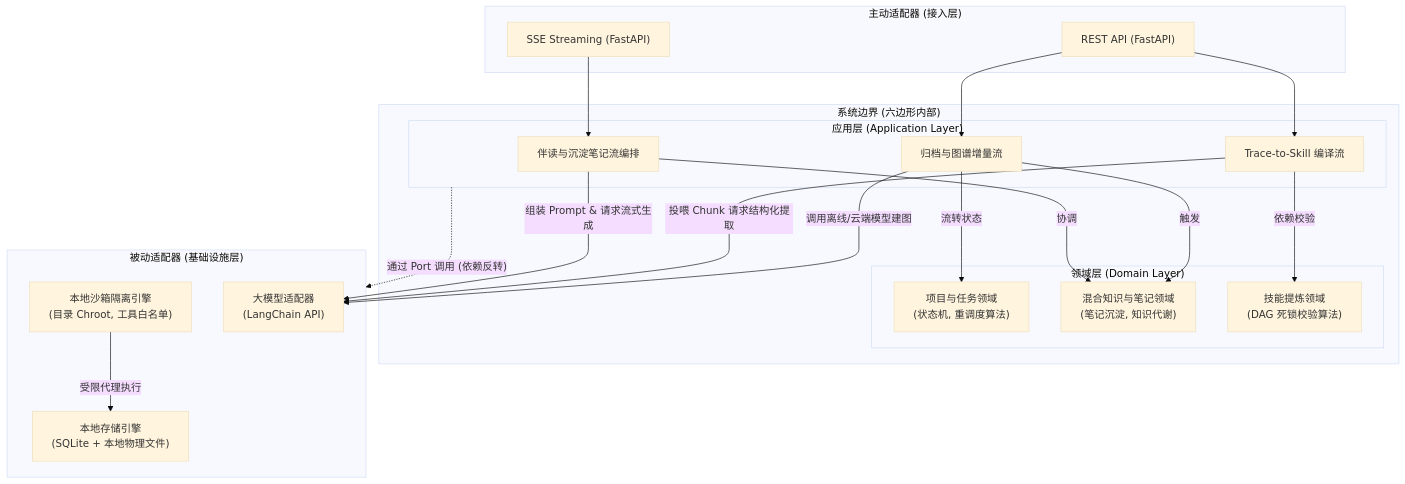
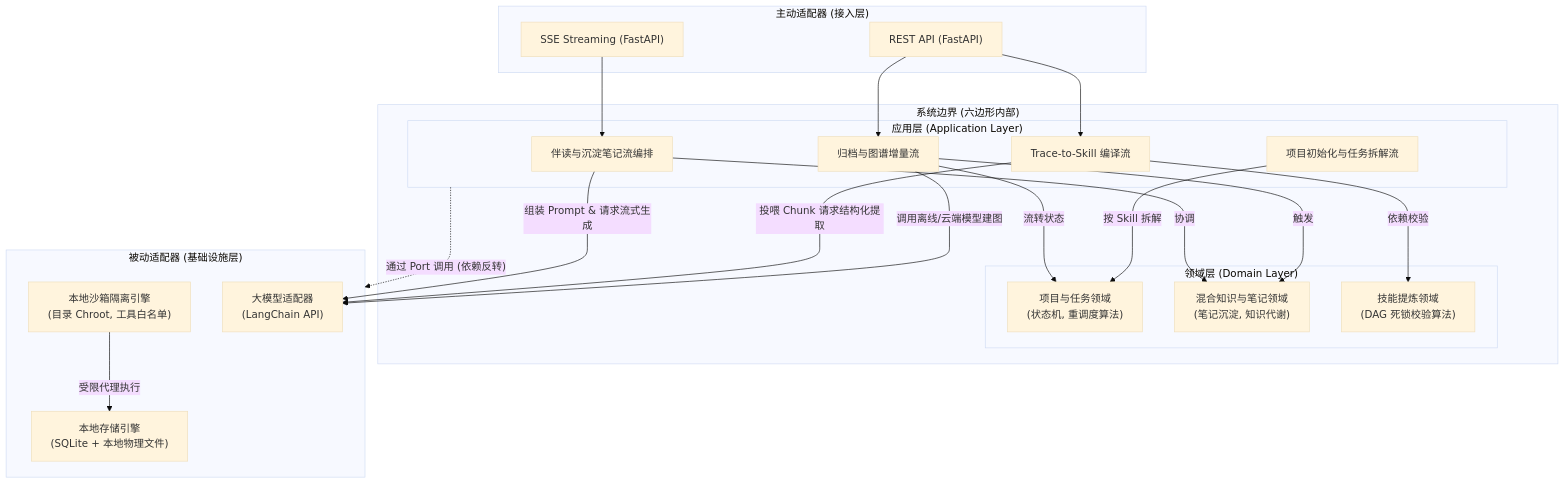
One commit to shanglihong/i-have-a-plan changed the first of 3 diagrams in docs/06_system_architecture/backend_design_spec_v1.0.md. Above: the diagram before and after it, drawn with Mermaid (base theme). The commit also changed other lines of this file and 1 other file, not shown here.

Commit message:
docs: update business model and backend architecture design specifications

````diff
--- a/docs/06_system_architecture/backend_design_spec_v1.0.md
+++ b/docs/06_system_architecture/backend_design_spec_v1.0.md
@@ -62,46 +63,48 @@
 ```mermaid
 graph TD
     subgraph DrivingAdapters ["主动适配器 (接入层)"]
         REST["REST API (FastAPI)"]
         SSE["SSE Streaming (FastAPI)"]
     end
 
     subgraph Hexagon ["系统边界 (六边形内部)"]
         subgraph AppLayer ["应用层 (Application Layer)"]
             UC1["伴读与沉淀笔记流编排"]
             UC2["Trace-to-Skill 编译流"]
             UC3["归档与图谱增量流"]
+            UC4["项目初始化与任务拆解流"]
         end
 
         subgraph DomainLayer ["领域层 (Domain Layer)"]
             PTO["项目与任务领域<br>(状态机, 重调度算法)"]
             HKE["混合知识与笔记领域<br>(笔记沉淀, 知识代谢)"]
             SCS["技能提炼领域<br>(DAG 死锁校验算法)"]
         end
         
         UC1 -->|协调| HKE
         UC2 -->|依赖校验| SCS
         UC3 -->|流转状态| PTO
         UC3 -->|触发| HKE
+        UC4 -->|按 Skill 拆解| PTO
     end
 
     subgraph DrivenAdapters ["被动适配器 (基础设施层)"]
         Sandbox["本地沙箱隔离引擎<br>(目录 Chroot, 工具白名单)"]
         DB["本地存储引擎<br>(SQLite + 本地物理文件)"]
         LLM["大模型适配器<br>(LangChain API)"]
     end
 
     %% 驱动流
     REST --> UC2
     REST --> UC3
     SSE --> UC1
     
     %% 依赖反转 (运行时通过接口调用)
     AppLayer -.->|"通过 Port 调用 (依赖反转)"| DrivenAdapters
     
     %% 核心执行层交互 (大模型与沙箱调用)
     UC1 -->|组装 Prompt & 请求流式生成| LLM
     UC2 -->|投喂 Chunk 请求结构化提取| LLM
     UC3 -->|调用离线/云端模型建图| LLM
     Sandbox -->|受限代理执行| DB
 ```
````
